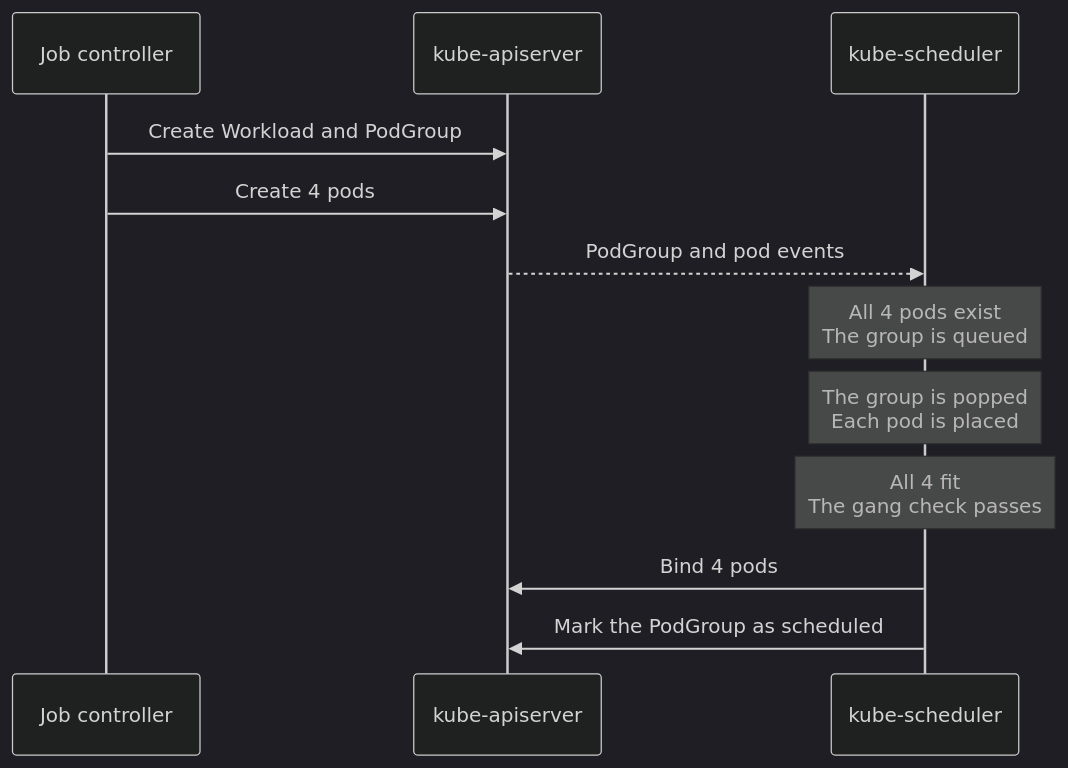
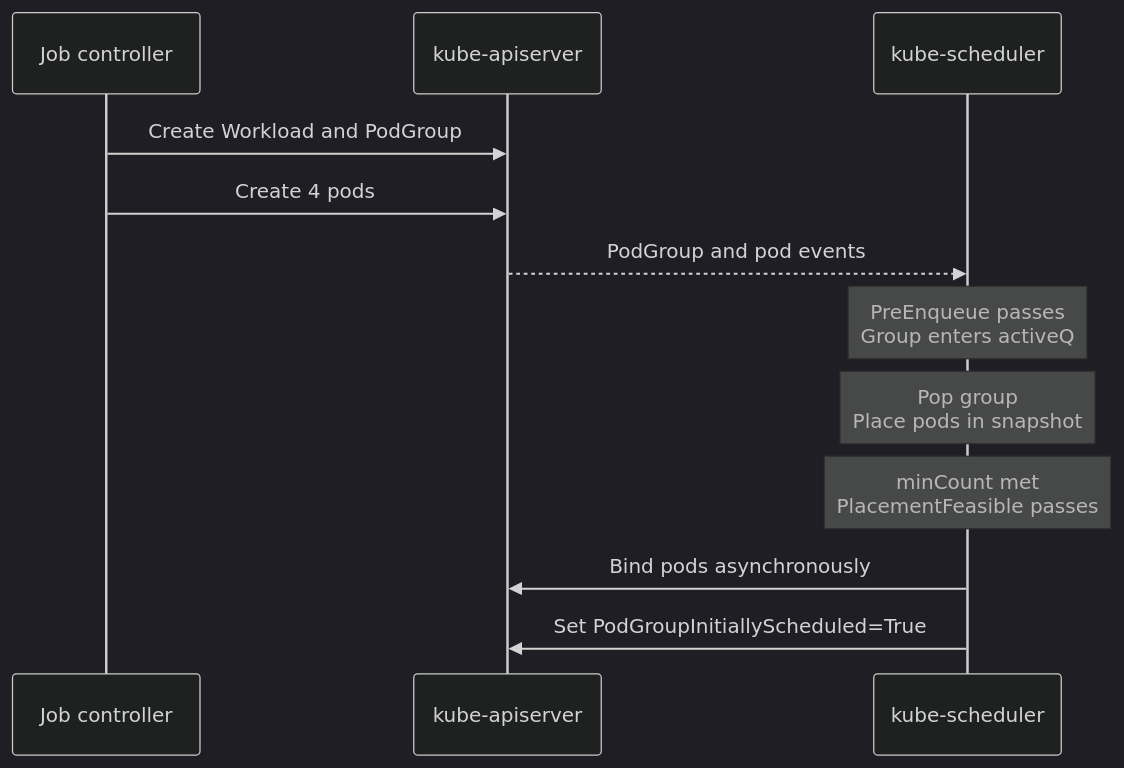
Before and after one commit to JesseStutler/volcano: the third of 11 diagrams in docs/research/k8s-workload-aware-scheduling-vs-volcano.md, drawn with Mermaid (dark theme). The commit also changed other lines of this file and 1 other file, not shown here.

````diff
--- a/docs/research/k8s-workload-aware-scheduling-vs-volcano.md
+++ b/docs/research/k8s-workload-aware-scheduling-vs-volcano.md
@@ -258,15 +155,15 @@
 ```mermaid
 sequenceDiagram
     participant C as Job controller
     participant A as kube-apiserver
     participant S as kube-scheduler
 
     C->>A: Create Workload and PodGroup
     C->>A: Create 4 pods
     A-->>S: PodGroup and pod events
-    Note over S: All 4 pods exist<br/>The group is queued
-    Note over S: The group is popped<br/>Each pod is placed
-    Note over S: All 4 fit<br/>The gang check passes
-    S->>A: Bind 4 pods
-    S->>A: Mark the PodGroup as scheduled
+    Note over S: PreEnqueue passes<br/>Group enters activeQ
+    Note over S: Pop group<br/>Place pods in snapshot
+    Note over S: minCount met<br/>PlacementFeasible passes
+    S->>A: Bind pods asynchronously
+    S->>A: Set PodGroupInitiallyScheduled=True
 ```
````
